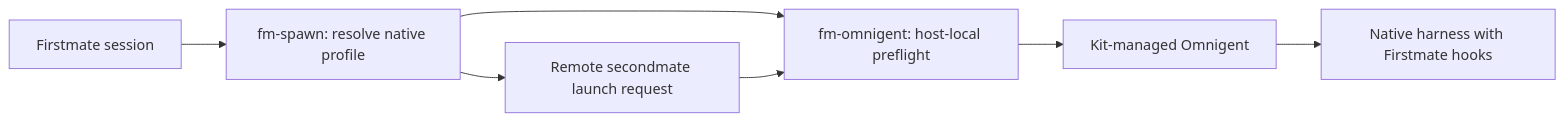
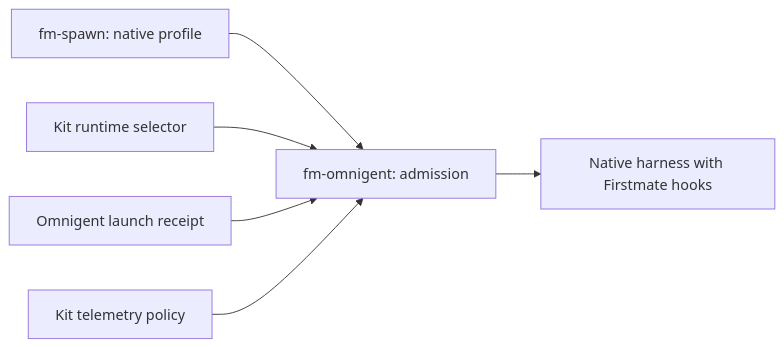
Before and after one commit to davidtandoh/firstmate: the diagram in docs/omnigent.md, drawn with Mermaid. The commit also changed other lines of this file and 11 other files, not shown here.

````diff
--- a/docs/omnigent.md
+++ b/docs/omnigent.md
@@ -3,9 +3,8 @@
 ```mermaid
 flowchart LR
-    primary[Firstmate session] --> spawn[fm-spawn: resolve native profile]
-    spawn --> launcher[fm-omnigent: host-local preflight]
-    launcher --> service[Kit-managed Omnigent]
-    service --> worker[Native harness with Firstmate hooks]
-    spawn --> remote[Remote secondmate launch request]
-    remote --> launcher
+    spawn[fm-spawn: native profile] --> launcher[fm-omnigent: admission]
+    selector[Kit runtime selector] --> launcher
+    receipt[Omnigent launch receipt] --> launcher
+    policy[Kit telemetry policy] --> launcher
+    launcher --> worker[Native harness with Firstmate hooks]
 ```
````
